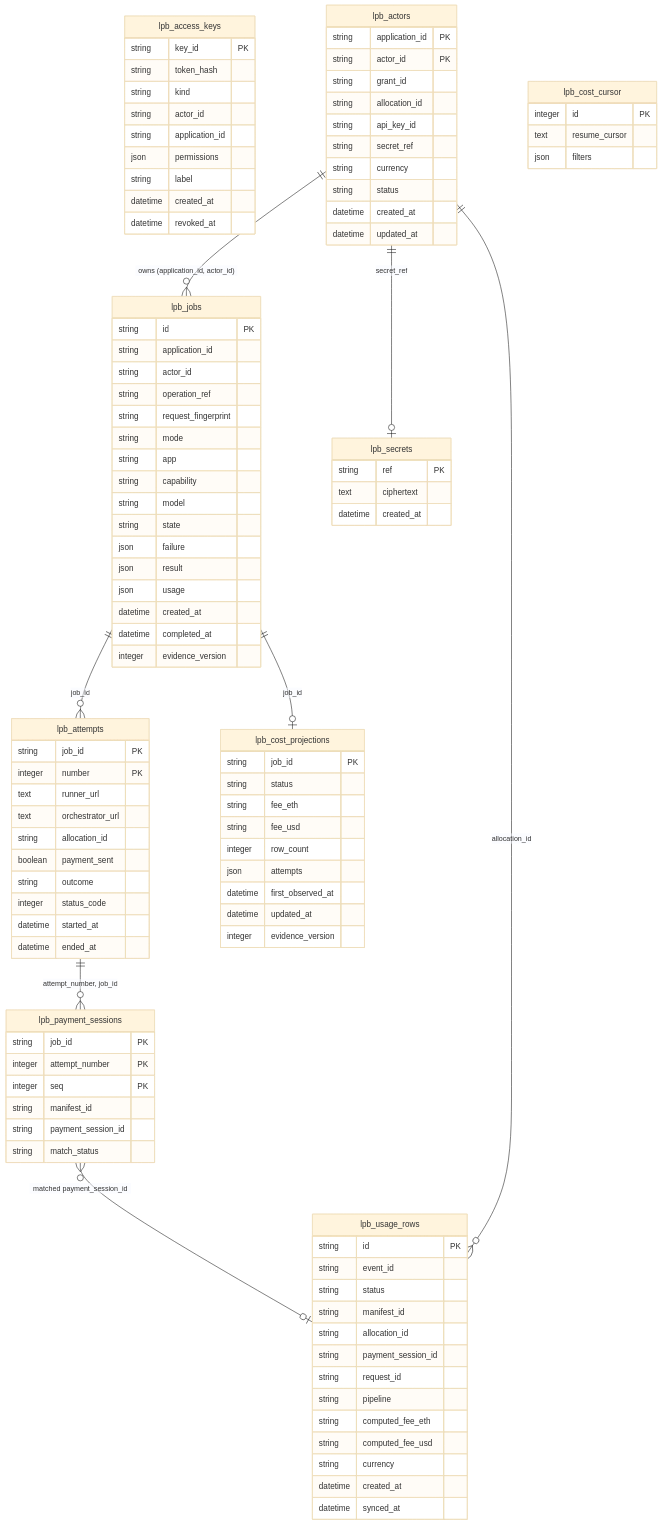
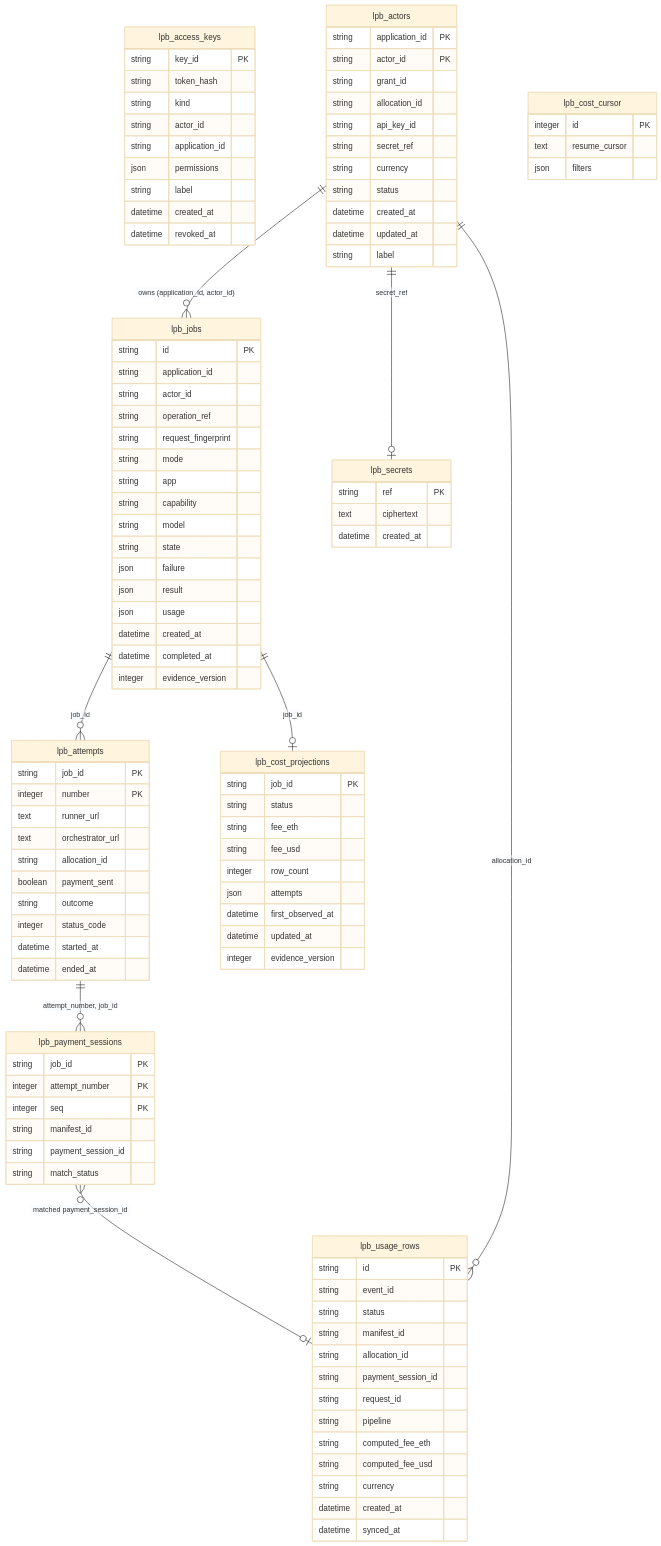
Before and after one commit to NE-Build-Track/livepeer-builder-core: the diagram in docs/generated/db-schema.md, drawn with Mermaid (base theme). The commit also changed other lines of this file and 5 other files, not shown here.

```diff
--- a/docs/generated/db-schema.md
+++ b/docs/generated/db-schema.md
@@ -29,6 +29,7 @@
         string status
         datetime created_at
         datetime updated_at
+        string label
     }
     lpb_attempts {
         string job_id PK
```
